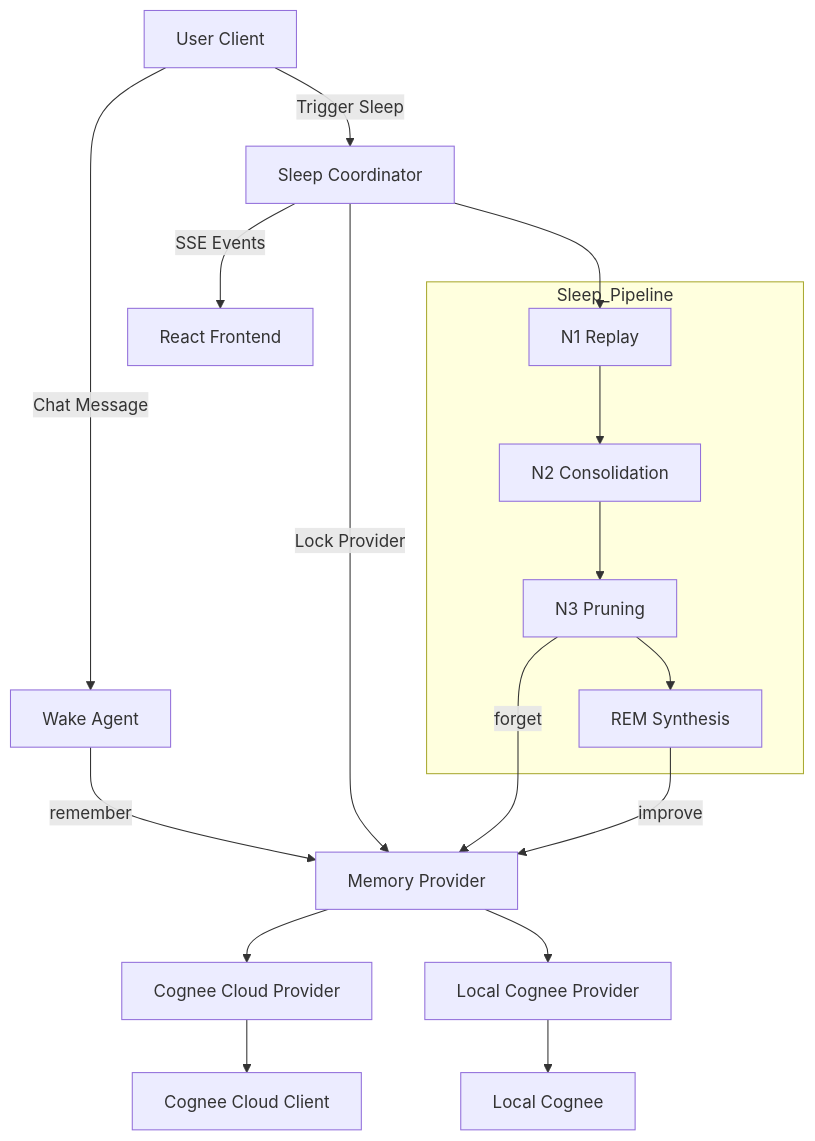
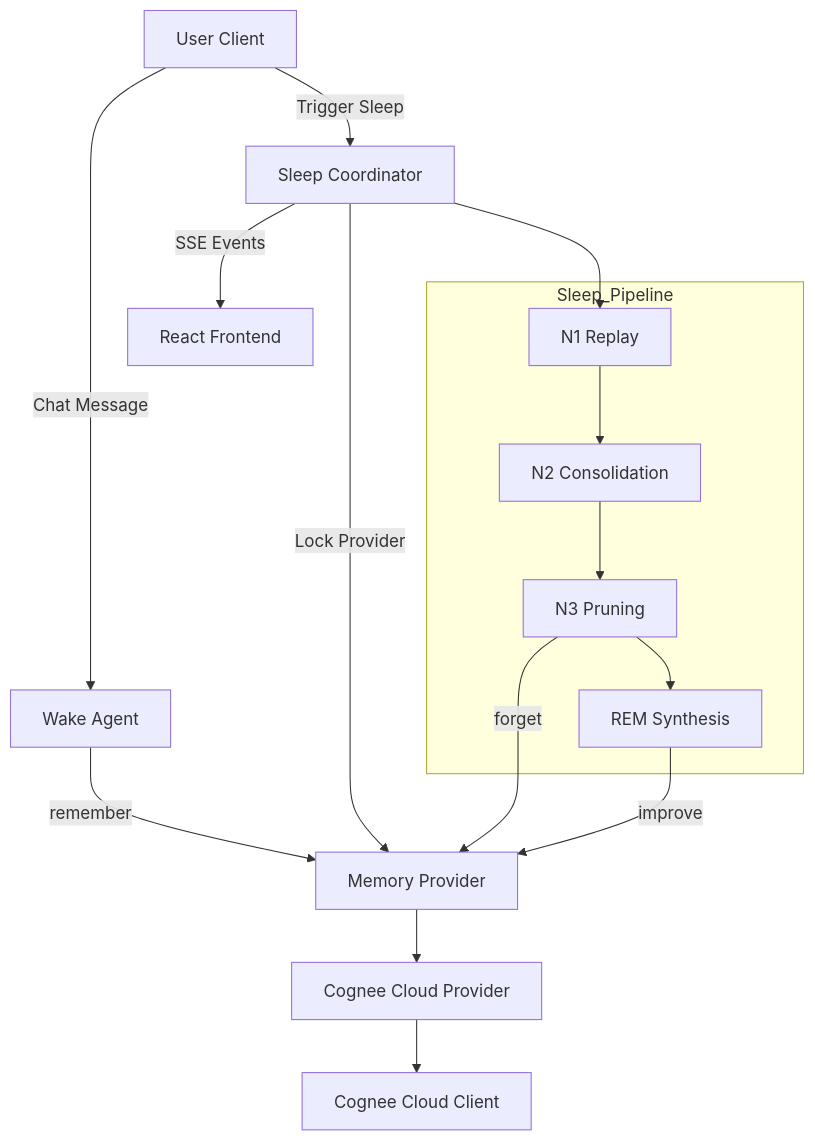
The diagram in README.md (SaiNanduVajhala/oneiros), drawn with Mermaid before and after one commit. The commit also changed other lines of this file and 7 other files, not shown here.

Commit message:
refactor: migrate database substrate exclusively to Cognee Cloud, delete Local provider, and clean test suites

````diff
--- a/README.md
+++ b/README.md
@@ -68,27 +68,24 @@
 ```mermaid
 graph TD
     User["User Client"] -->|Chat Message| WakeAgent["Wake Agent"]
     WakeAgent -->|remember| Provider["Memory Provider"]
 
     User -->|Trigger Sleep| SleepCoordinator["Sleep Coordinator"]
     SleepCoordinator -->|Lock Provider| Provider
 
     subgraph Sleep_Pipeline
         Replay["N1 Replay"] --> Consolidation["N2 Consolidation"]
         Consolidation --> Pruning["N3 Pruning"]
         Pruning --> REM["REM Synthesis"]
     end
 
     SleepCoordinator --> Replay
 
     Pruning -->|forget| Provider
     REM -->|improve| Provider
 
     Provider --> CloudProvider["Cognee Cloud Provider"]
-    Provider --> LocalProvider["Local Cognee Provider"]
-
     CloudProvider --> CogneeClient["Cognee Cloud Client"]
-    LocalProvider --> CogneeLocal["Local Cognee"]
 
     SleepCoordinator -->|SSE Events| Frontend["React Frontend"]
 ```
````
